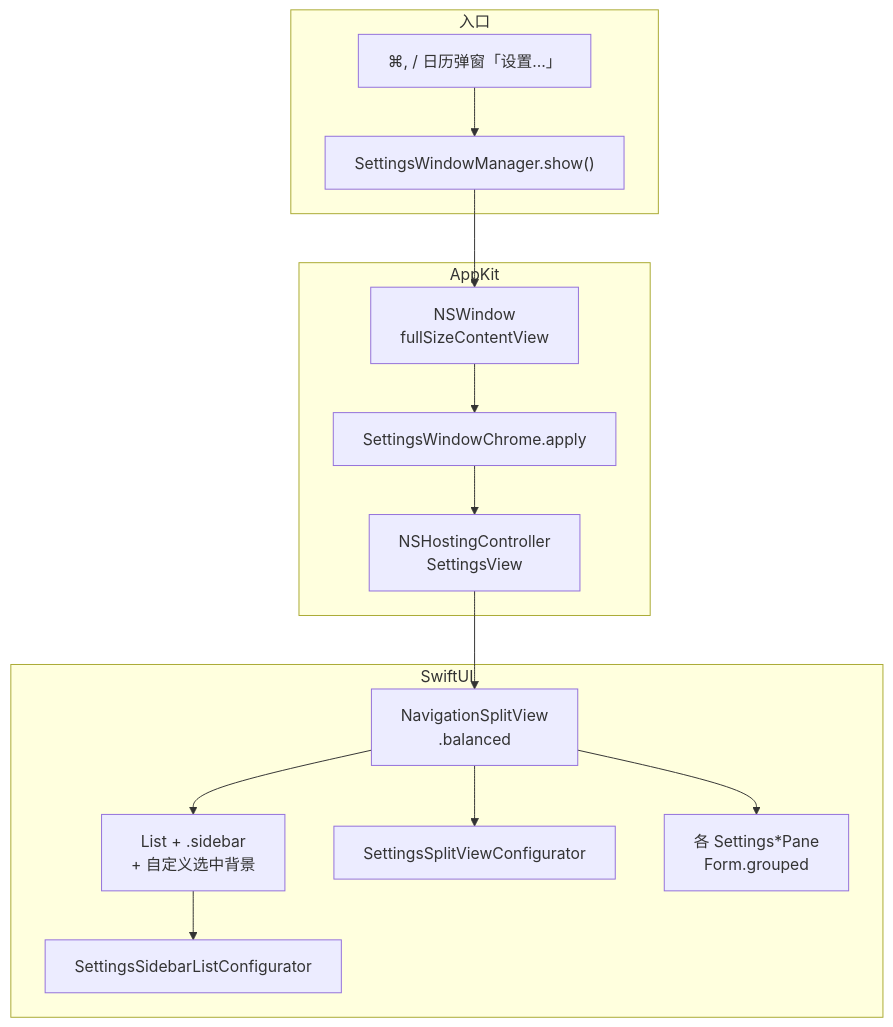
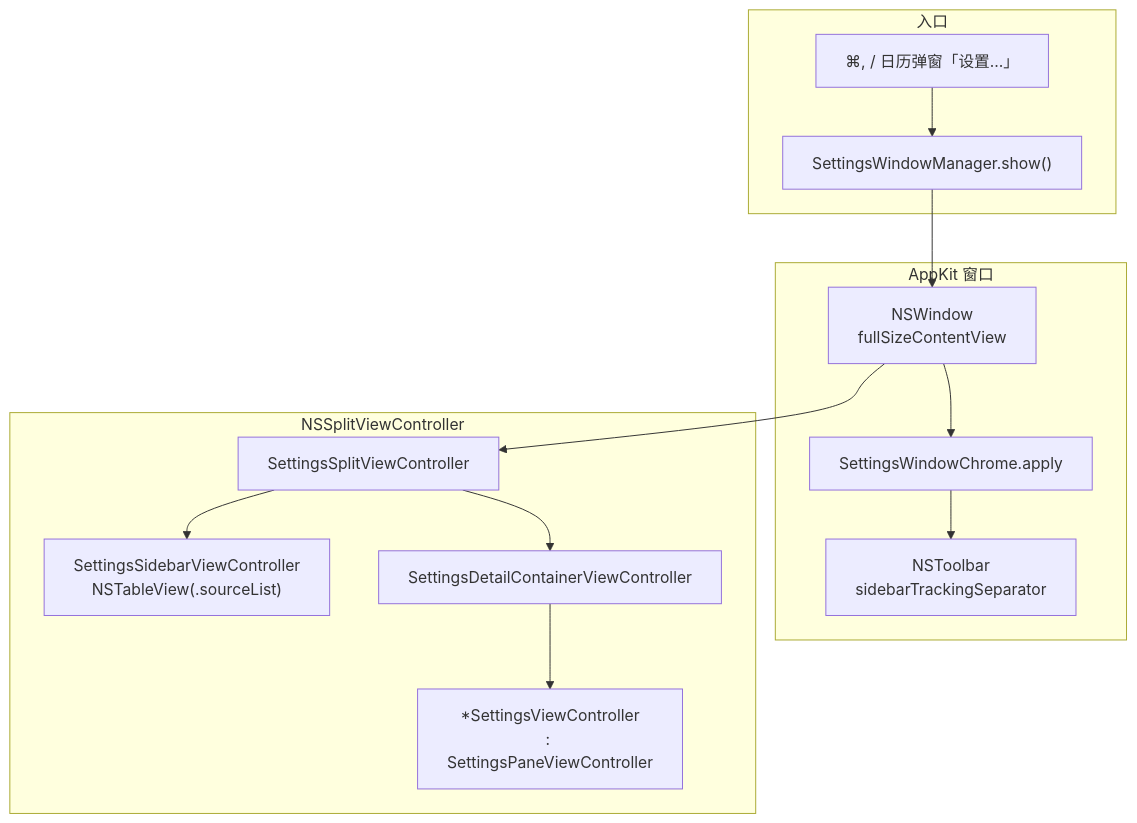
The diagram in docs/settings-sidebar.md (NicCraver/tic), drawn with Mermaid before and after one commit. The commit also changed other lines of this file and 39 other files, not shown here.

First line of the commit message:
feat(calendar): 节假日联网数据化、农历节日推算与设置 AppKit 重构

````diff
--- a/docs/settings-sidebar.md
+++ b/docs/settings-sidebar.md
@@ -10,25 +10,23 @@
 ```mermaid
 flowchart TB
   subgraph entry [入口]
     Menu["⌘, / 日历弹窗「设置…」"]
     Mgr["SettingsWindowManager.show()"]
   end
-  subgraph window [AppKit]
+  subgraph window [AppKit 窗口]
     NSWin["NSWindow\nfullSizeContentView"]
     Chrome["SettingsWindowChrome.apply"]
-    Host["NSHostingController\nSettingsView"]
+    Toolbar["NSToolbar\nsidebarTrackingSeparator"]
   end
-  subgraph swiftui [SwiftUI]
-    Split["NavigationSplitView\n.balanced"]
-    List["List + .sidebar\n+ 自定义选中背景"]
-    SidebarCfg["SettingsSidebarListConfigurator"]
-    SplitCfg["SettingsSplitViewConfigurator"]
-    Detail["各 Settings*Pane\nForm.grouped"]
+  subgraph content [NSSplitViewController]
+    Split["SettingsSplitViewController"]
+    Sidebar["SettingsSidebarViewController\nNSTableView(.sourceList)"]
+    Detail["SettingsDetailContainerViewController"]
+    Pane["*SettingsViewController\n: SettingsPaneViewController"]
   end
   Menu --> Mgr --> NSWin
-  NSWin --> Chrome --> Host --> Split
-  Split --> List
-  List --> SidebarCfg
-  Split --> SplitCfg
-  Split --> Detail
+  NSWin --> Chrome --> Toolbar
+  NSWin --> Split
+  Split --> Sidebar
+  Split --> Detail --> Pane
 ```
````
